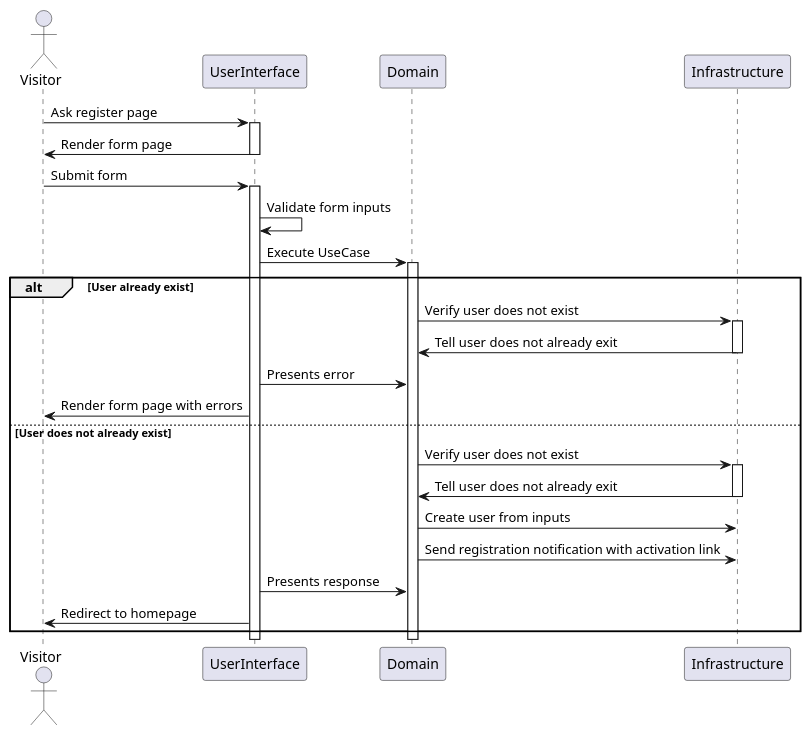
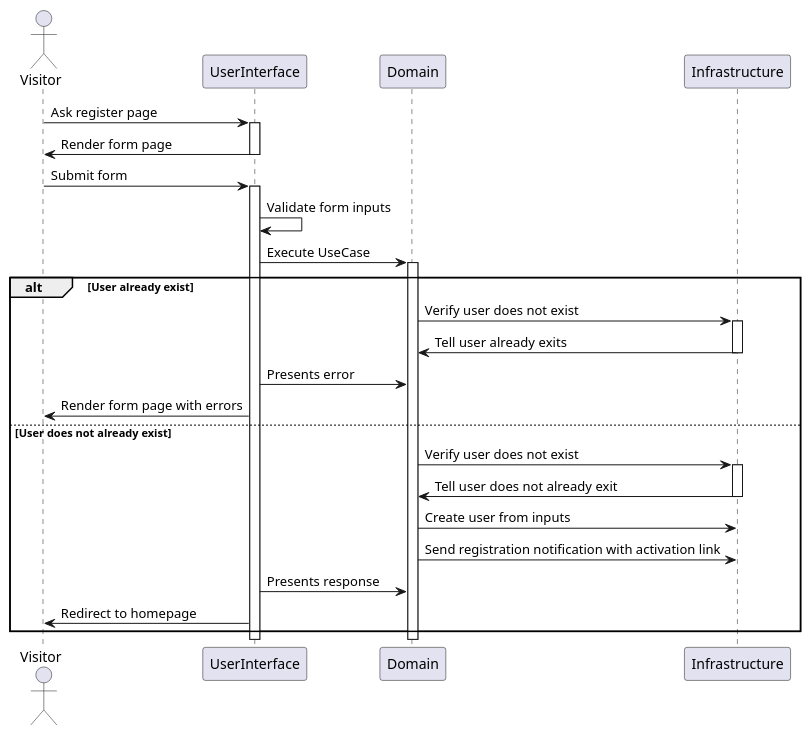
Before and after one commit to AlexandreGerault/p6_snowtricks: the diagram in doc/diagramms/sequences/Register.puml, drawn with PlantUML. The commit also changed 5 other files, not shown here.

```diff
--- a/doc/diagramms/sequences/Register.puml
+++ b/doc/diagramms/sequences/Register.puml
@@ -1,35 +1,35 @@
 @startuml
 'https://plantuml.com/sequence-diagram
 
 actor Visitor
 
 Visitor -> UserInterface: Ask register page
 activate UserInterface
 UserInterface -> Visitor: Render form page
 deactivate UserInterface
 
 Visitor -> UserInterface: Submit form
 activate UserInterface
 UserInterface -> UserInterface: Validate form inputs
 UserInterface -> Domain: Execute UseCase
 activate Domain
 alt User already exist
     Domain -> Infrastructure: Verify user does not exist
     activate Infrastructure
-    Infrastructure -> Domain: Tell user does not already exit
+    Infrastructure -> Domain: Tell user already exits
     deactivate Infrastructure
     UserInterface -> Domain: Presents error
     UserInterface -> Visitor: Render form page with errors
 else User does not already exist
     Domain -> Infrastructure: Verify user does not exist
     activate Infrastructure
     Infrastructure -> Domain: Tell user does not already exit
     deactivate Infrastructure
     Domain -> Infrastructure: Create user from inputs
     Domain -> Infrastructure: Send registration notification with activation link
     UserInterface -> Domain: Presents response
     UserInterface -> Visitor: Redirect to homepage
 end
 
 
 @enduml
```
